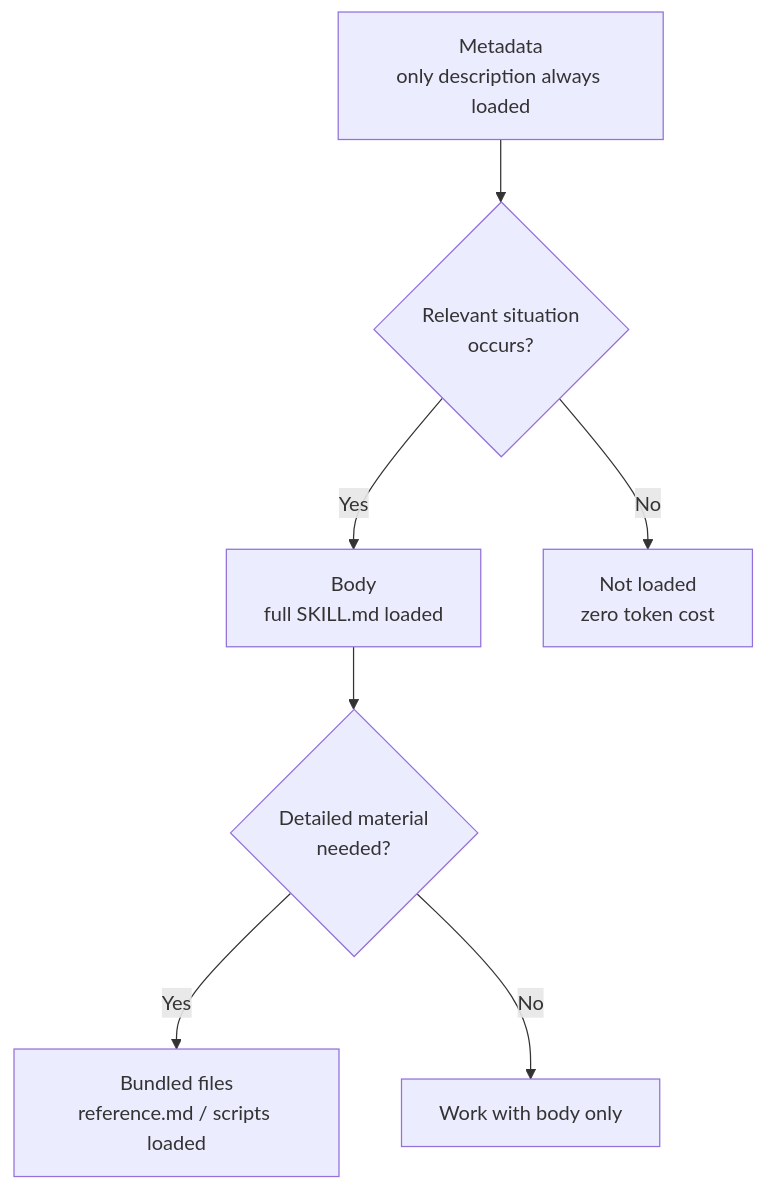
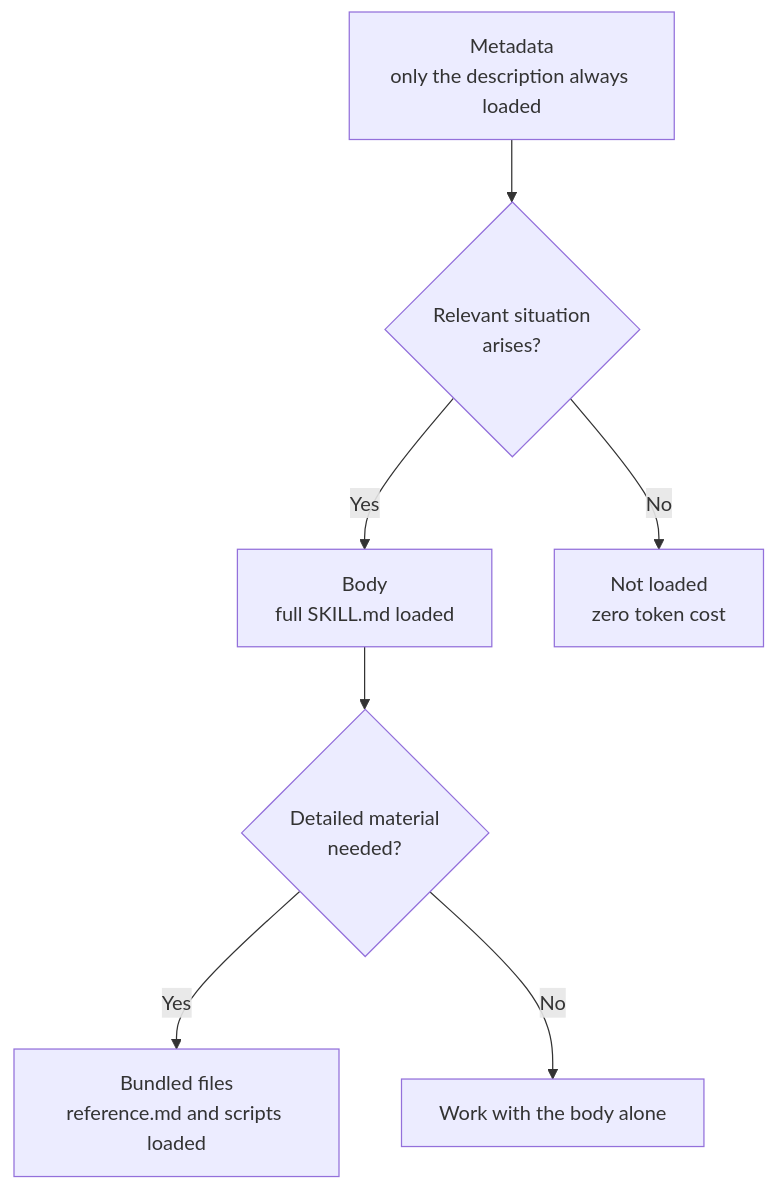
The diagram in mirrors/repos/modu-ai@moai-adk/docs-site/content/en/claude-code/extensibility/skills.md (gabrielmoreira/agent-skills-mirror), drawn with Mermaid before and after one commit. The commit also changed other lines of this file and 2470 other files, not shown here.

````diff
--- a/mirrors/repos/modu-ai@moai-adk/docs-site/content/en/claude-code/extensibility/skills.md
+++ b/mirrors/repos/modu-ai@moai-adk/docs-site/content/en/claude-code/extensibility/skills.md
@@ -80,9 +80,9 @@
 ```mermaid
 flowchart TD
-    A[Metadata<br/>only description always loaded] --> B{Relevant situation<br/>occurs?}
+    A[Metadata<br/>only the description always loaded] --> B{Relevant situation<br/>arises?}
     B -->|Yes| C[Body<br/>full SKILL.md loaded]
     C --> D{Detailed material<br/>needed?}
-    D -->|Yes| E[Bundled files<br/>reference.md / scripts loaded]
-    D -->|No| F[Work with body only]
+    D -->|Yes| E[Bundled files<br/>reference.md and scripts loaded]
+    D -->|No| F[Work with the body alone]
     B -->|No| G[Not loaded<br/>zero token cost]
 ```
````
